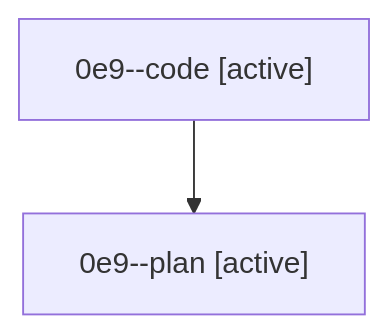
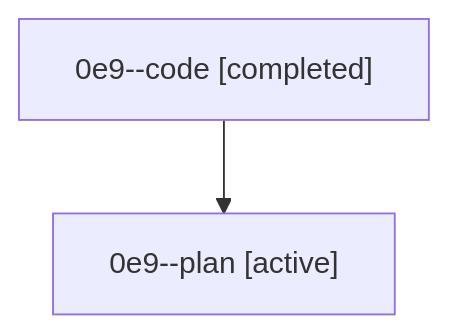
Before and after one commit to bobs-org/bob-cli--agents: the diagram in sessions/bbugyi200.athena.0e9.md, drawn with Mermaid. The commit also changed other lines of this file and 16 other files, not shown here.

````diff
--- a/sessions/bbugyi200.athena.0e9.md
+++ b/sessions/bbugyi200.athena.0e9.md
@@ -9,6 +9,6 @@
 ```mermaid
 flowchart TD
-  n0["0e9--code [active]"]
+  n0["0e9--code [completed]"]
   n1["0e9--plan [active]"]
   n0 --> n1
 ```
````
